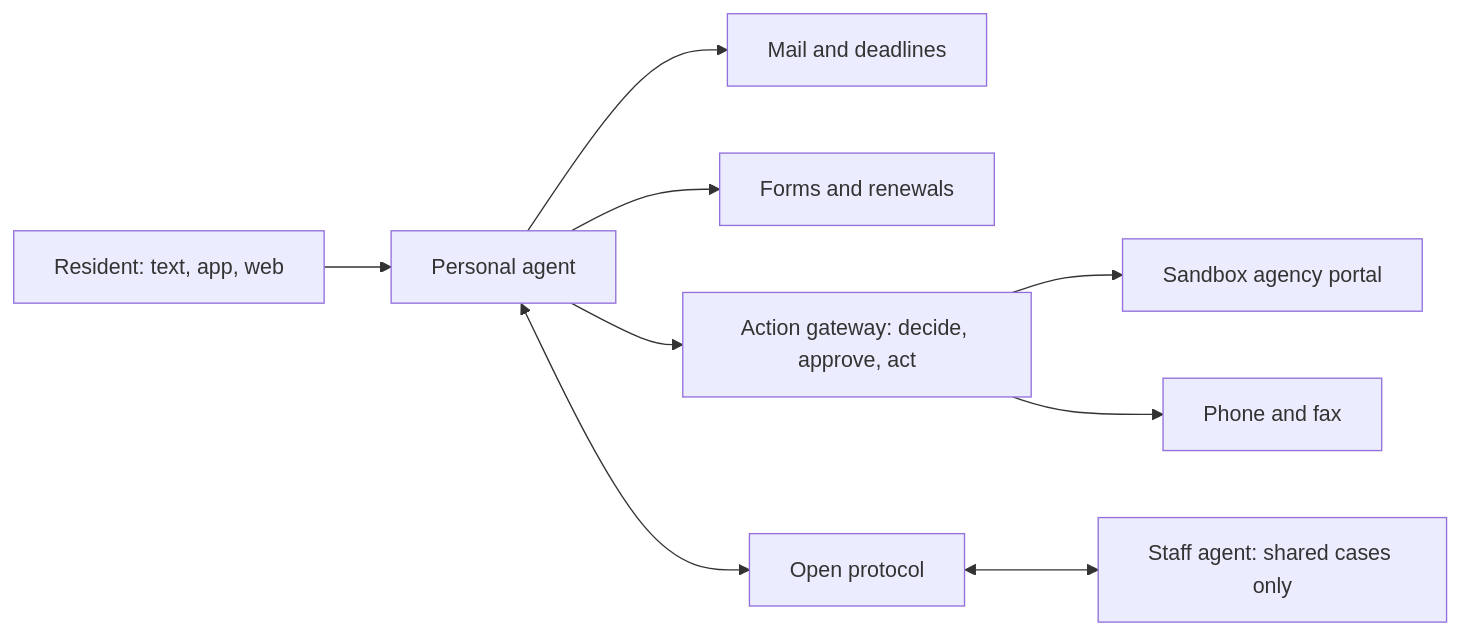
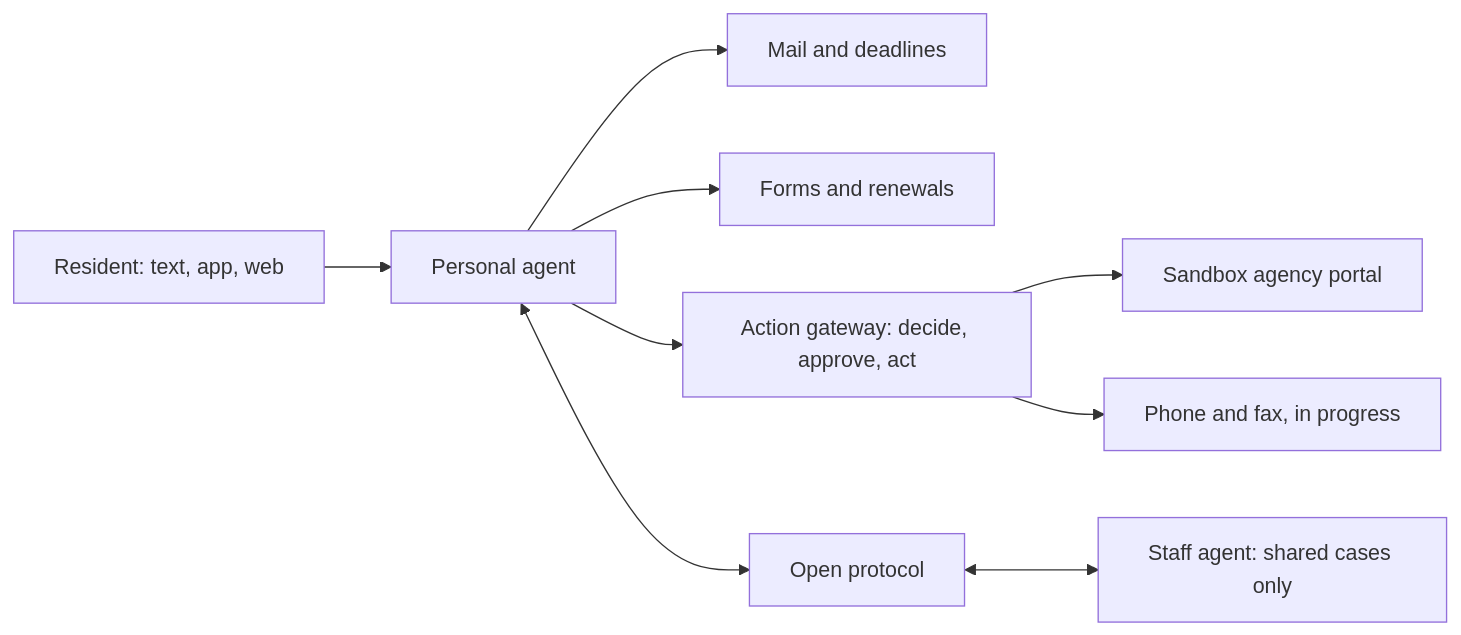
The diagram in README.md (mrcoven94/mano), drawn with Mermaid before and after one commit. The commit also changed other lines of this file and 5 other files, not shown here.

````diff
--- a/README.md
+++ b/README.md
@@ -21,11 +21,11 @@
 ```mermaid
 flowchart LR
     resident[Resident: text, app, web] --> agent[Personal agent]
     agent --> mail[Mail and deadlines]
     agent --> forms[Forms and renewals]
     agent --> gateway[Action gateway: decide, approve, act]
     gateway --> portal[Sandbox agency portal]
-    gateway --> phone[Phone and fax]
+    gateway --> phone[Phone and fax, in progress]
     agent <--> protocol[Open protocol]
     protocol <--> staff[Staff agent: shared cases only]
 ```
````
